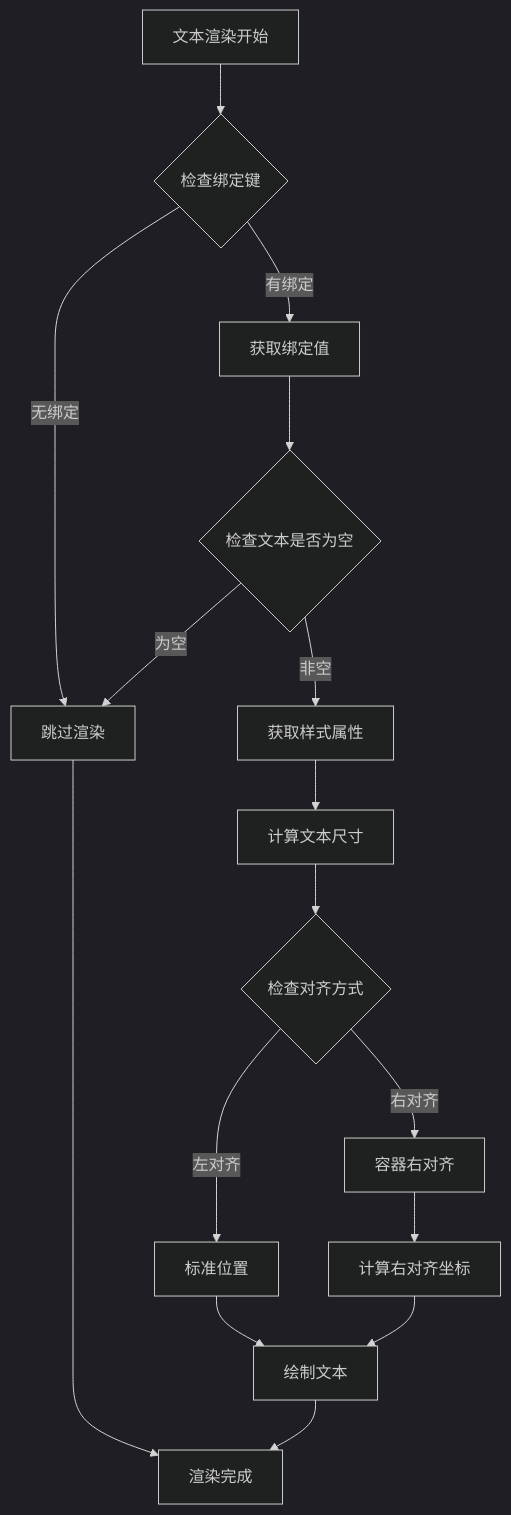
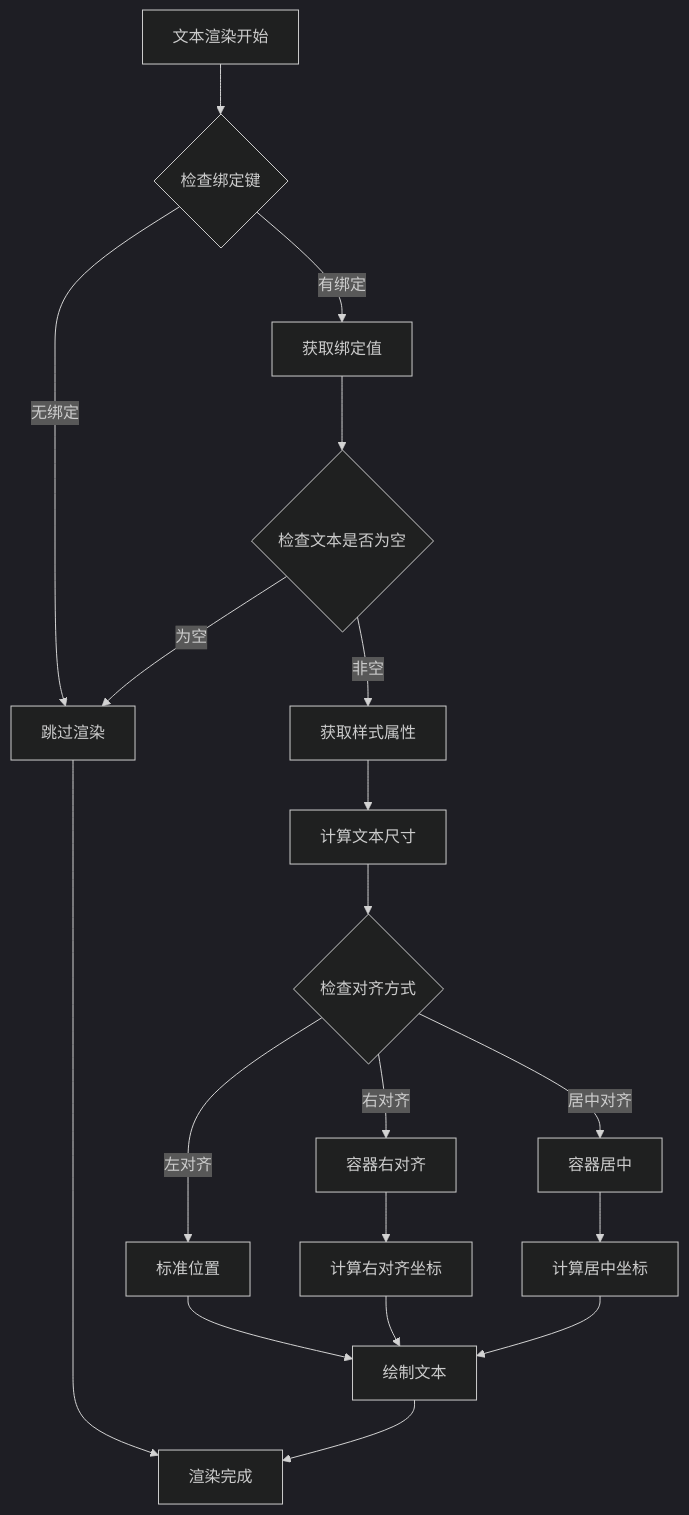
One commit to xingye00186/PHP-Data-UI-Framework-powered-by-swooleAOT changed the seventh of 10 diagrams in .qoder/repowiki/zh/content/C++渲染层/BaseRenderer基础渲染器.md. Above: the diagram before and after it, drawn with Mermaid (dark theme). The commit also changed other lines of this file and 37 other files, not shown here.

````diff
--- a/.qoder/repowiki/zh/content/C++渲染层/BaseRenderer基础渲染器.md
+++ b/.qoder/repowiki/zh/content/C++渲染层/BaseRenderer基础渲染器.md
@@ -251,18 +273,21 @@
 ```mermaid
 flowchart TD
 Start[文本渲染开始] --> CheckBind{检查绑定键}
 CheckBind --> |无绑定| Skip[跳过渲染]
 CheckBind --> |有绑定| GetText[获取绑定值]
 GetText --> CheckEmpty{检查文本是否为空}
 CheckEmpty --> |为空| Skip
 CheckEmpty --> |非空| GetStyle[获取样式属性]
 GetStyle --> CalcSize[计算文本尺寸]
 CalcSize --> CheckAlign{检查对齐方式}
 CheckAlign --> |左对齐| LeftAlign[标准位置]
 CheckAlign --> |右对齐| RightAlign[容器右对齐]
+CheckAlign --> |居中对齐| CenterAlign[容器居中]
 RightAlign --> CalcRight[计算右对齐坐标]
+CenterAlign --> CalcCenter[计算居中坐标]
 CalcRight --> DrawText[绘制文本]
+CalcCenter --> DrawText
 LeftAlign --> DrawText
 DrawText --> End[渲染完成]
 Skip --> End
 ```
````
